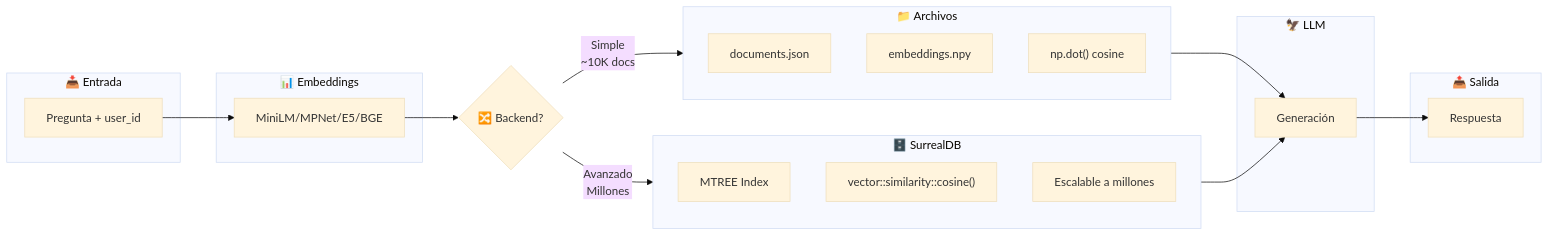
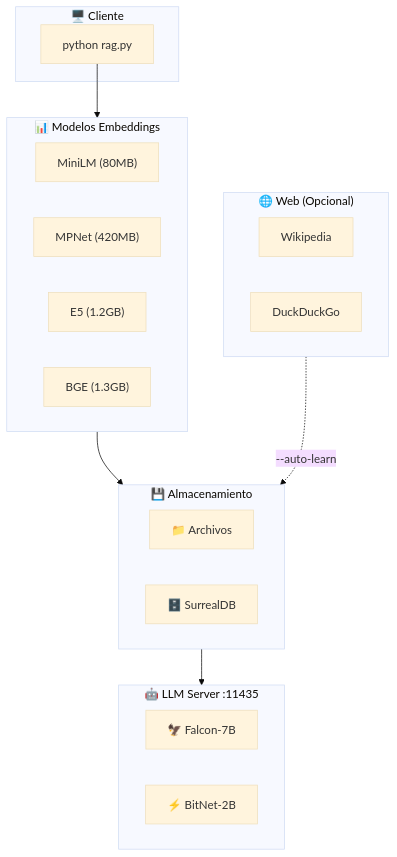
The sixth of 6 diagrams in README.md (madkoding/neuro-bitnet), drawn with Mermaid (base theme) before and after one commit. The commit also changed other lines of this file, not shown here.

Commit message:
docs: simplify architecture diagrams for better readability

````diff
--- a/README.md
+++ b/README.md
@@ -175,42 +157,33 @@
 ```mermaid
-flowchart LR
-    subgraph Input["📥 Entrada"]
-        Q["Pregunta + user_id"]
+flowchart TB
+    subgraph Cliente["🖥️ Cliente"]
+        CLI["python rag.py"]
     end
     
-    subgraph Embeddings["📊 Embeddings"]
-        ML["MiniLM/MPNet/E5/BGE"]
+    subgraph Embeddings["📊 Modelos Embeddings"]
+        M1["MiniLM (80MB)"]
+        M2["MPNet (420MB)"]
+        M3["E5 (1.2GB)"]
+        M4["BGE (1.3GB)"]
     end
     
-    Decision{"🔀 Backend?"}
-    
-    subgraph Files["📁 Archivos"]
-        direction TB
-        F1["documents.json"]
-        F2["embeddings.npy"]
-        F3["np.dot() cosine"]
+    subgraph Storage["💾 Almacenamiento"]
+        Files["📁 Archivos"]
+        Surreal["🗄️ SurrealDB"]
     end
     
-    subgraph Surreal["🗄️ SurrealDB"]
-        direction TB
-        S1["MTREE Index"]
-        S2["vector::similarity::cosine()"]
-        S3["Escalable a millones"]
+    subgraph LLM["🤖 LLM Server :11435"]
+        Falcon["🦅 Falcon-7B"]
+        BitNet["⚡ BitNet-2B"]
     end
     
-    subgraph LLM["🦅 LLM"]
-        GEN["Generación"]
+    subgraph WebSearch["🌐 Web (Opcional)"]
+        Wiki["Wikipedia"]
+        DDG["DuckDuckGo"]
     end
     
-    subgraph Output["📤 Salida"]
-        R["Respuesta"]
-    end
-    
-    Q --> ML
-    ML --> Decision
-    Decision -->|"Simple<br/>~10K docs"| Files
-    Decision -->|"Avanzado<br/>Millones"| Surreal
-    Files --> GEN
-    Surreal --> GEN
-    GEN --> R
+    CLI --> Embeddings
+    Embeddings --> Storage
+    Storage --> LLM
+    WebSearch -.->|"--auto-learn"| Storage
 ```
````
